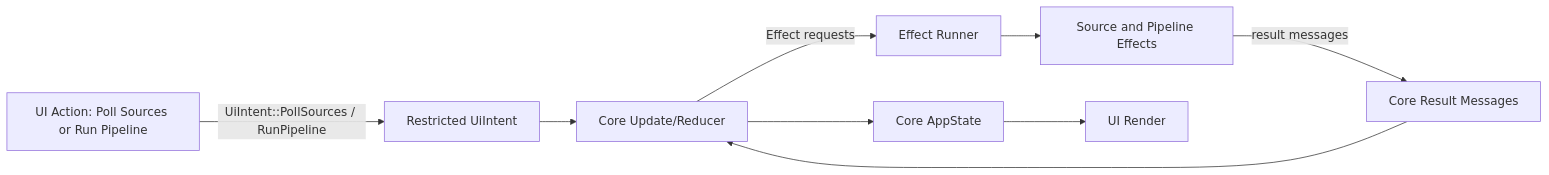
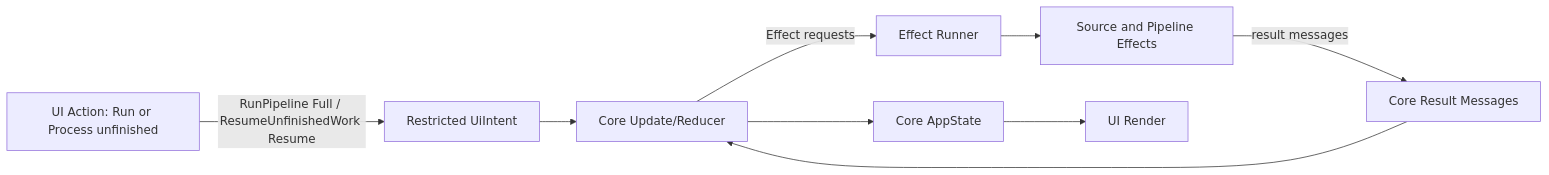
Before and after one commit to larspensjo/web_page_filet_mignon: the diagram in docs/Architecture.md, drawn with Mermaid. The commit also changed other lines of this file and 38 other files, not shown here.

First line of the commit message:
Plan.PipelineOverlap phase 7: desktop one-press Run surface

````diff
--- a/docs/Architecture.md
+++ b/docs/Architecture.md
@@ -85,19 +94,19 @@
 ```mermaid
 flowchart LR
-    UI[UI Action: Poll Sources or Run Pipeline]
+    UI[UI Action: Run or Process unfinished]
     I[Restricted UiIntent]
     U[Core Update/Reducer]
     E[Effect Runner]
     P[Source and Pipeline Effects]
     M[Core Result Messages]
     S[Core AppState]
     R[UI Render]
 
-    UI -->|UiIntent::PollSources / RunPipeline| I
+    UI -->|RunPipeline Full / ResumeUnfinishedWork Resume| I
     I --> U
     U -->|Effect requests| E
     E --> P
     P -->|result messages| M
     M --> U
     U --> S --> R
 ```
````
